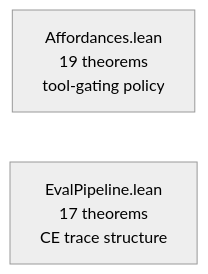
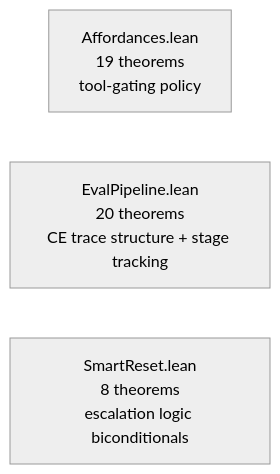
One commit to WillEhrendreich/SageFs changed the fourth of 8 diagrams in formal-verification/REPORT.md. Above: the diagram before and after it, drawn with Mermaid (neutral theme). The commit also changed other lines of this file and 6 other files, not shown here.

````diff
--- a/formal-verification/REPORT.md
+++ b/formal-verification/REPORT.md
@@ -93,5 +95,6 @@
 ```mermaid
 graph LR
   AF["Affordances.lean<br/>19 theorems<br/>tool-gating policy"]
-  EP["EvalPipeline.lean<br/>17 theorems<br/>CE trace structure"]
+  EP["EvalPipeline.lean<br/>20 theorems<br/>CE trace structure + stage tracking"]
+  SR["SmartReset.lean<br/>8 theorems<br/>escalation logic biconditionals"]
 ```
````
